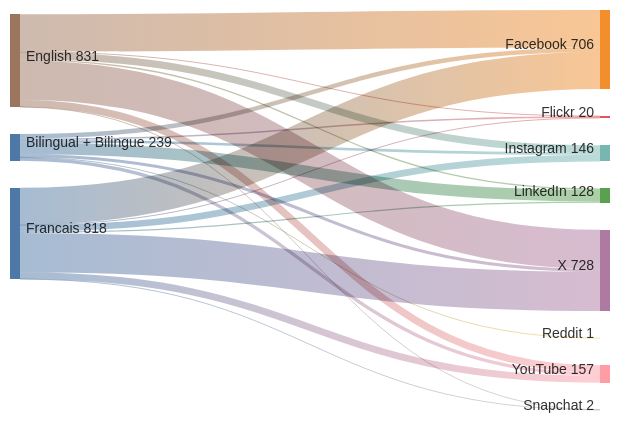
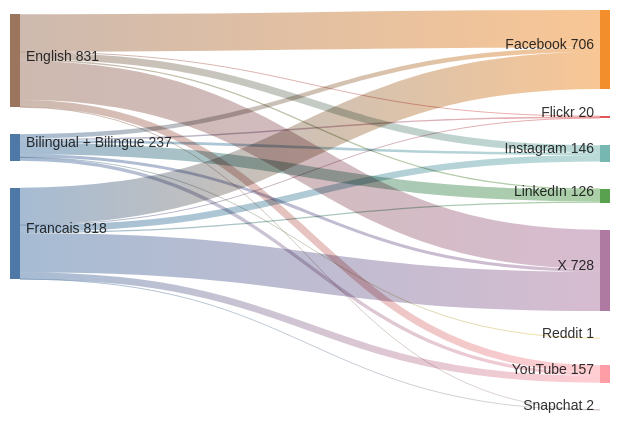
One commit to PatLittle/GC-Socials changed the diagram in sankey_diagram.md. Above: the diagram before and after it, drawn with Mermaid.

Commit message:
Update Sankey diagram for the most recent day

````diff
--- a/sankey_diagram.md
+++ b/sankey_diagram.md
@@ -1,24 +1,24 @@
 ```mermaid
 sankey-beta
   Bilingual + Bilingue,Facebook,40
   Bilingual + Bilingue,Flickr,13
   Bilingual + Bilingue,Instagram,23
-  Bilingual + Bilingue,LinkedIn,105
+  Bilingual + Bilingue,LinkedIn,103
   Bilingual + Bilingue,Reddit,1
   Bilingual + Bilingue,X,27
   Bilingual + Bilingue,YouTube,30
   English,Facebook,335
   English,Flickr,4
   English,Instagram,64
   English,LinkedIn,12
   English,Snapchat,1
   English,X,350
   English,YouTube,65
   Francais,Facebook,331
   Francais,Flickr,3
   Francais,Instagram,59
   Francais,LinkedIn,11
   Francais,Snapchat,1
   Francais,X,351
   Francais,YouTube,62
 ```
````
